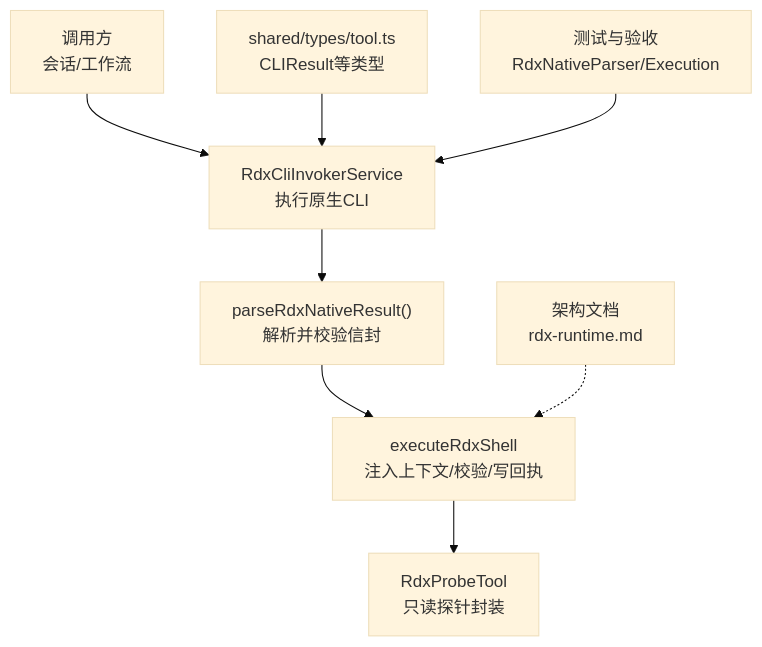
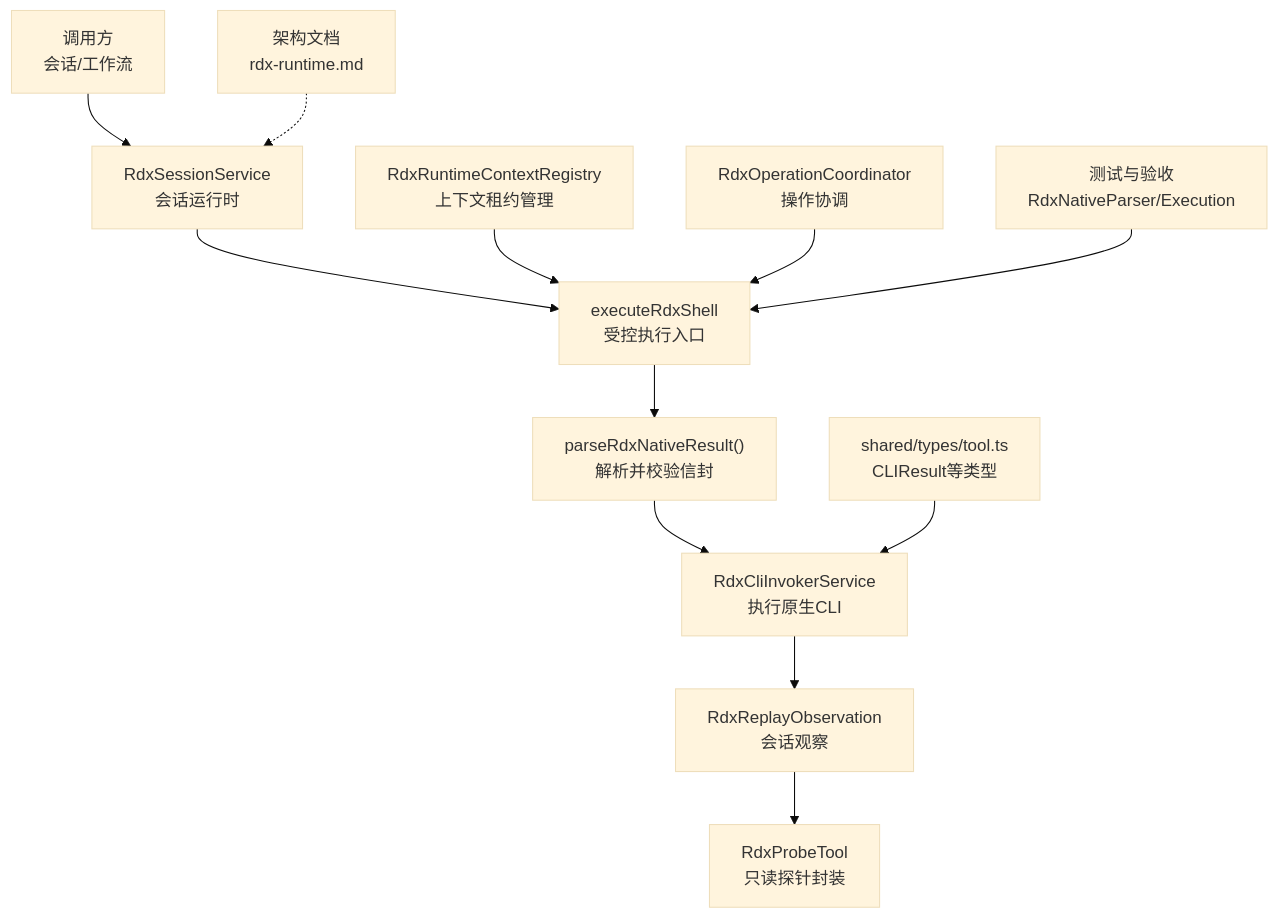
Before and after one commit to haolange/RDC-Agent: the first of 5 diagrams in .qoder/repowiki/zh/content/架构设计/核心组件设计/CLI调用器设计/原生协议定义.md, drawn with Mermaid (base theme). The commit also changed other lines of this file and 221 other files, not shown here.

````diff
--- a/.qoder/repowiki/zh/content/架构设计/核心组件设计/CLI调用器设计/原生协议定义.md
+++ b/.qoder/repowiki/zh/content/架构设计/核心组件设计/CLI调用器设计/原生协议定义.md
@@ -47,10 +63,14 @@
 ```mermaid
 graph TB
-A["调用方<br/>会话/工作流"] --> B["RdxCliInvokerService<br/>执行原生CLI"]
-B --> C["parseRdxNativeResult()<br/>解析并校验信封"]
-C --> D["executeRdxShell<br/>注入上下文/校验/写回执"]
-D --> E["RdxProbeTool<br/>只读探针封装"]
-F["shared/types/tool.ts<br/>CLIResult等类型"] --> B
-G["测试与验收<br/>RdxNativeParser/Execution"] --> B
-H["架构文档<br/>rdx-runtime.md"] -.-> D
+A["调用方<br/>会话/工作流"] --> B["RdxSessionService<br/>会话运行时"]
+B --> C["executeRdxShell<br/>受控执行入口"]
+C --> D["parseRdxNativeResult()<br/>解析并校验信封"]
+D --> E["RdxCliInvokerService<br/>执行原生CLI"]
+E --> F["RdxReplayObservation<br/>会话观察"]
+F --> G["RdxProbeTool<br/>只读探针封装"]
+H["shared/types/tool.ts<br/>CLIResult等类型"] --> E
+I["RdxRuntimeContextRegistry<br/>上下文租约管理"] --> C
+J["RdxOperationCoordinator<br/>操作协调"] --> C
+K["测试与验收<br/>RdxNativeParser/Execution"] --> C
+L["架构文档<br/>rdx-runtime.md"] -.-> B
 ```
````
